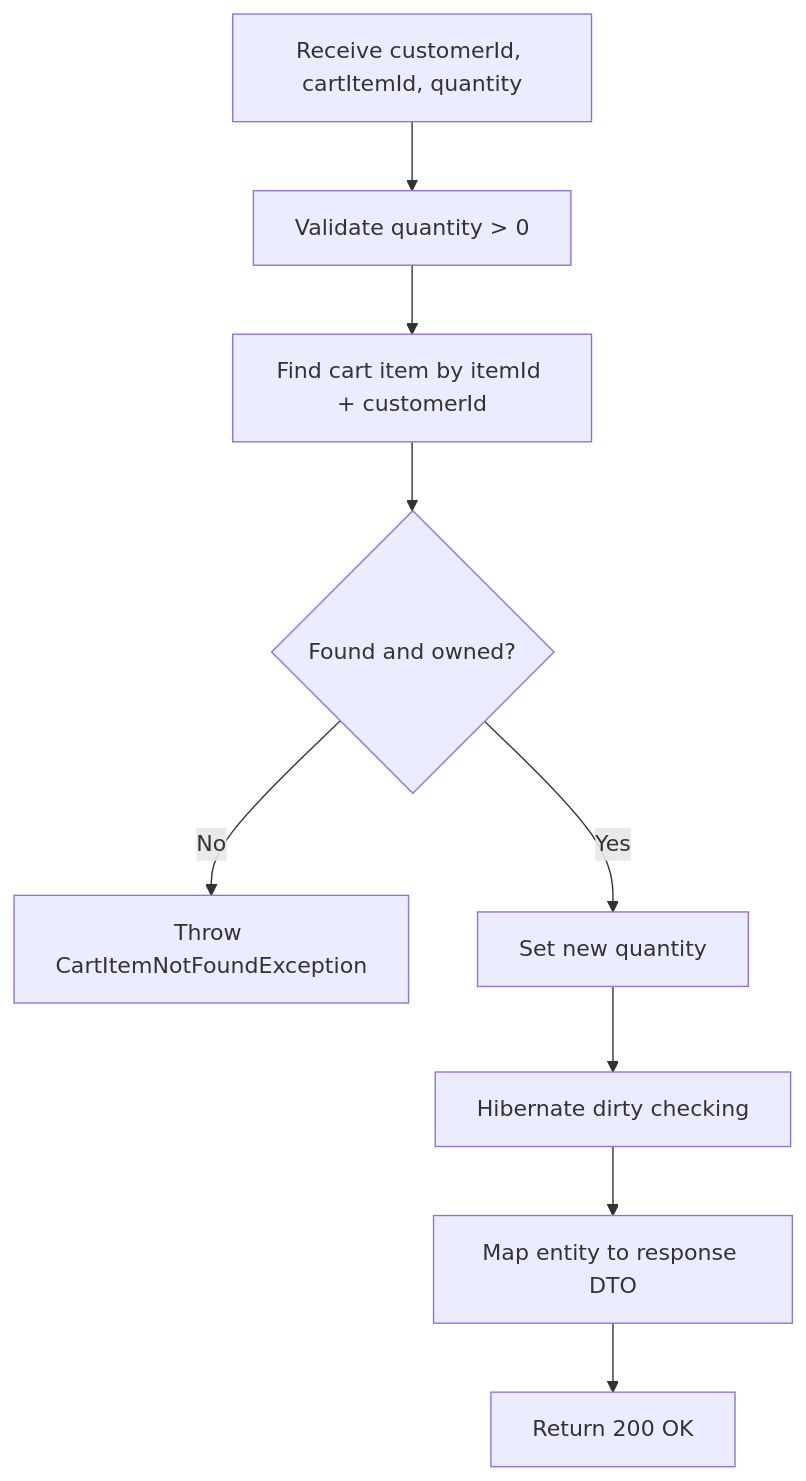
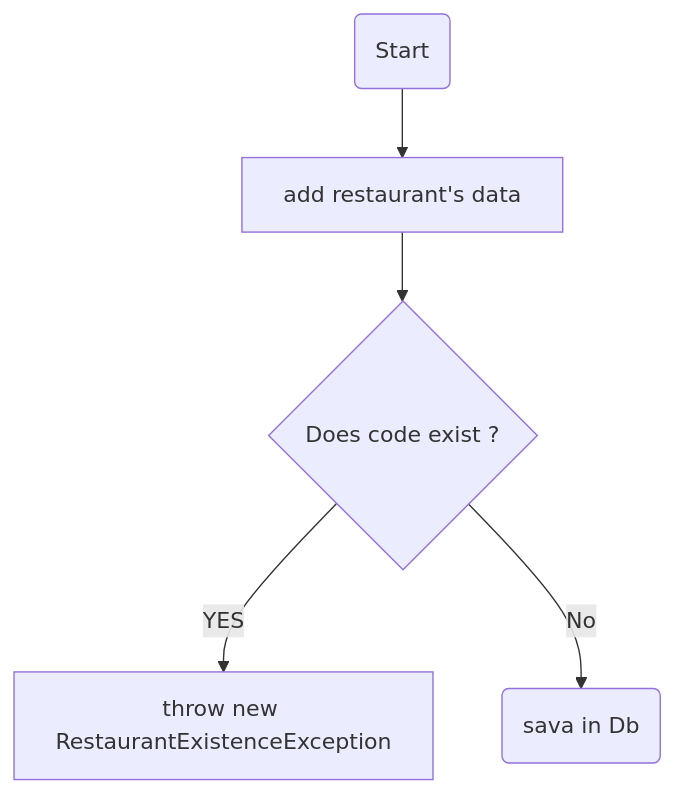
The sixth of 11 diagrams in README.md (w2t-el-develop/food_delivery_api), drawn with Mermaid before and after one commit. The commit also changed other lines of this file and 18 other files, not shown here.

````diff
--- a/README.md
+++ b/README.md
@@ -561,13 +403,8 @@
 ```mermaid
 flowchart TD
-    A[Receive customerId, cartItemId, quantity] --> B[Validate quantity > 0]
-    B --> C[Find cart item by itemId + customerId]
-    C --> D{Found and owned?}
-
-    D -- No --> E[Throw CartItemNotFoundException]
-    D -- Yes --> F[Set new quantity]
-
-    F --> G[Hibernate dirty checking]
-    G --> H[Map entity to response DTO]
-    H --> I[Return 200 OK]
+    A(Start) --> B[add restaurant's data]
+    B --> C{Does code exist ?} 
+    
+    C -- YES --> D[throw new RestaurantExistenceException] 
+    C -- No --> F(sava in Db)
 ```
````
